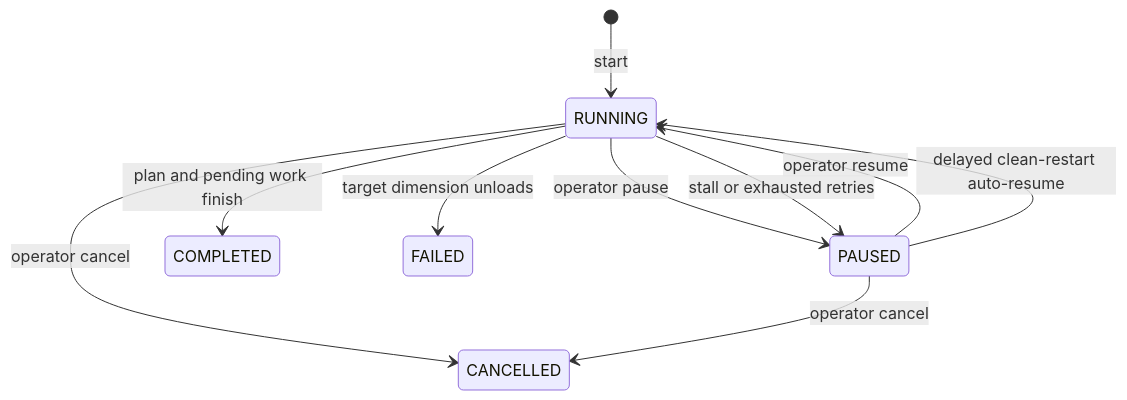
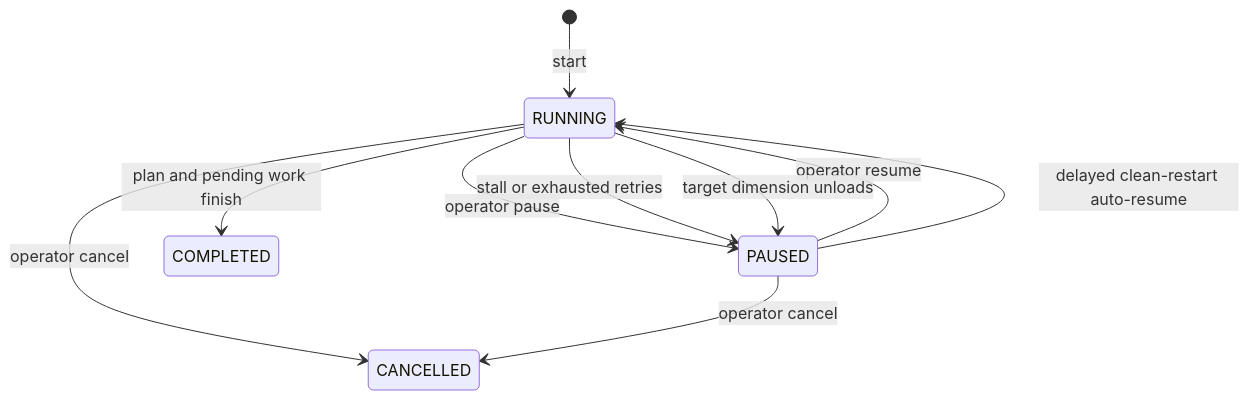
The second of 2 diagrams in docs/ARCHITECTURE.md (MimoAlexer/T2ME), drawn with Mermaid before and after one commit. The commit also changed other lines of this file and 33 other files, not shown here.

````diff
--- a/docs/ARCHITECTURE.md
+++ b/docs/ARCHITECTURE.md
@@ -140,12 +279,12 @@
 ```mermaid
 stateDiagram-v2
     [*] --> RUNNING: start
     RUNNING --> PAUSED: operator pause
     RUNNING --> PAUSED: stall or exhausted retries
     RUNNING --> COMPLETED: plan and pending work finish
     RUNNING --> CANCELLED: operator cancel
     PAUSED --> RUNNING: operator resume
     PAUSED --> RUNNING: delayed clean-restart auto-resume
     PAUSED --> CANCELLED: operator cancel
-    RUNNING --> FAILED: target dimension unloads
+    RUNNING --> PAUSED: target dimension unloads
 ```
````
